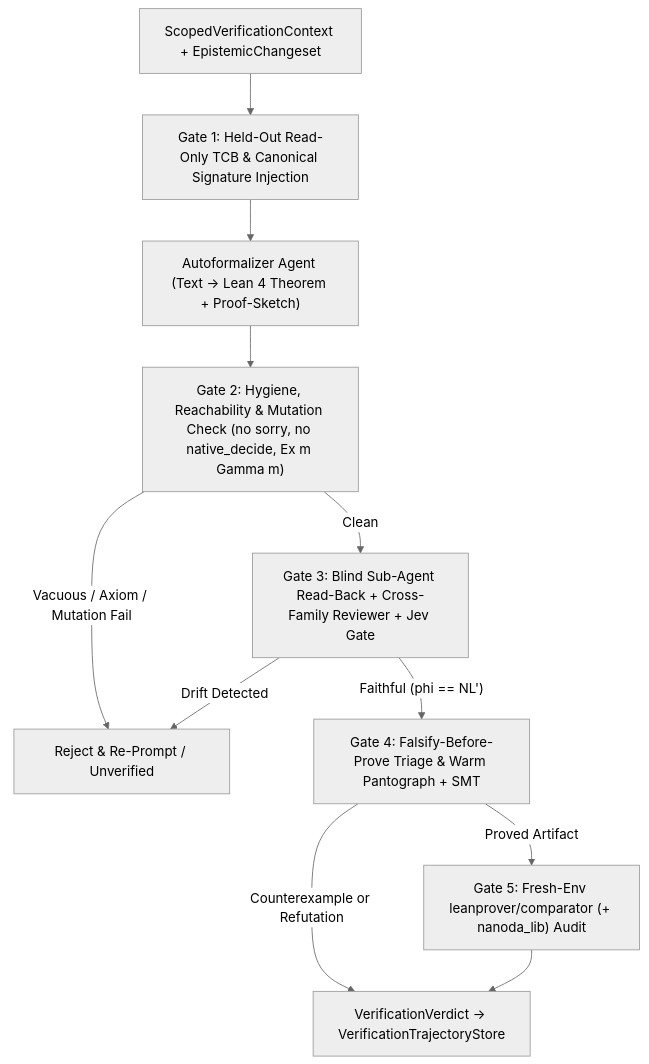
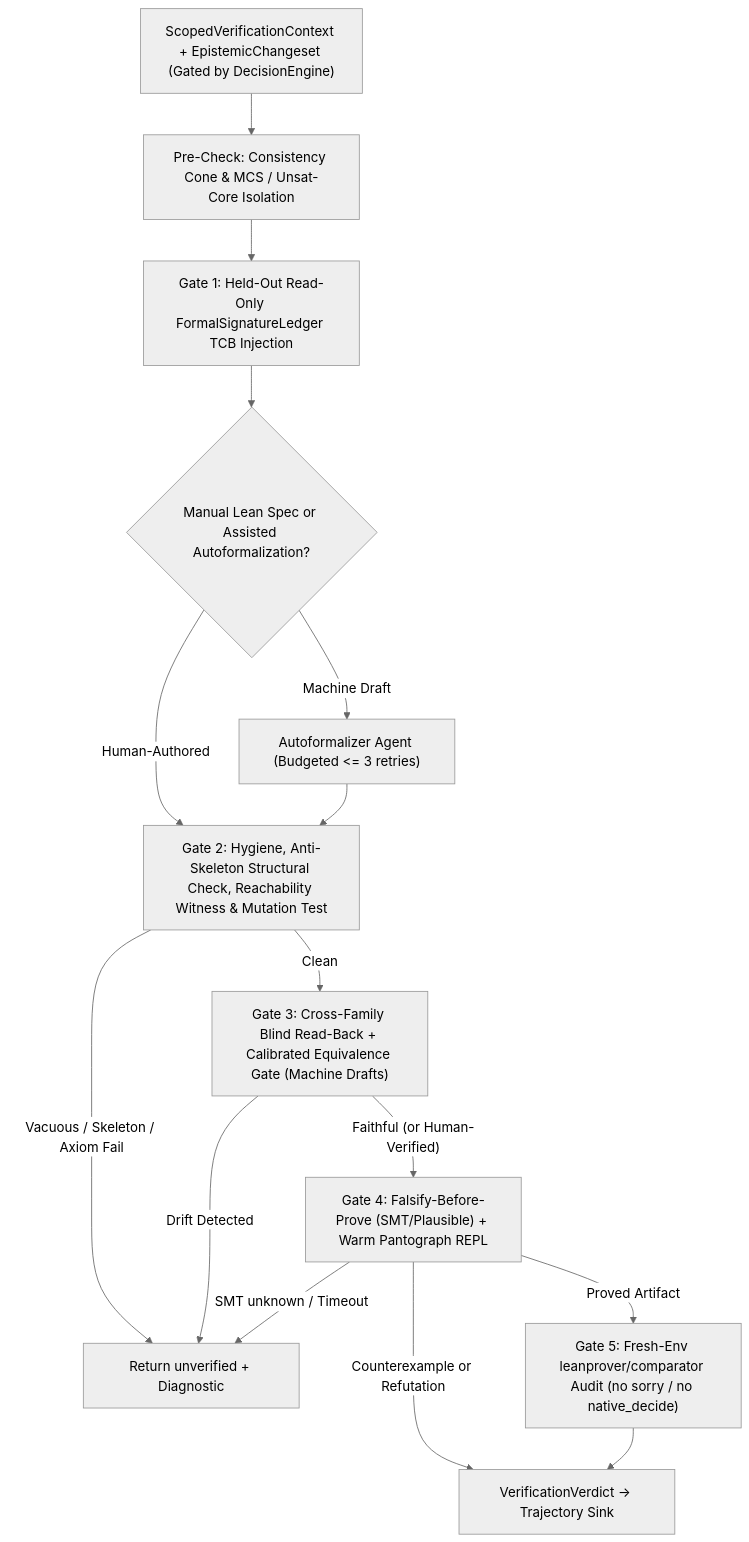
One commit to maxoem/EpistemeX changed the diagram in issues/12-neuro-symbolic-world-models-and-lean/ISSUE-113-lean4-formal-verification-oracle-and-logikey-adapter.md. Above: the diagram before and after it, drawn with Mermaid (neutral theme). The commit also changed other lines of this file and 17 other files, not shown here.

Commit message:
feat(issues): including a refactoring plan and target architecture map

````diff
--- a/issues/12-neuro-symbolic-world-models-and-lean/ISSUE-113-lean4-formal-verification-oracle-and-logikey-adapter.md
+++ b/issues/12-neuro-symbolic-world-models-and-lean/ISSUE-113-lean4-formal-verification-oracle-and-logikey-adapter.md
@@ -92,13 +102,17 @@
 ```mermaid
 flowchart TD
-    In["ScopedVerificationContext + EpistemicChangeset"] --> G1["Gate 1: Held-Out Read-Only TCB & Canonical Signature Injection"]
-    G1 --> AF["Autoformalizer Agent (Text -> Lean 4 Theorem + Proof-Sketch)"]
-    AF --> G2["Gate 2: Hygiene, Reachability & Mutation Check (no sorry, no native_decide, Ex m Gamma m)"]
-    G2 -->|"Vacuous / Axiom / Mutation Fail"| Reject["Reject & Re-Prompt / Unverified"]
-    G2 -->|"Clean"| G3["Gate 3: Blind Sub-Agent Read-Back + Cross-Family Reviewer + Jev Gate"]
+    In["ScopedVerificationContext + EpistemicChangeset (Gated by DecisionEngine)"] --> G0["Pre-Check: Consistency Cone & MCS / Unsat-Core Isolation"]
+    G0 --> G1["Gate 1: Held-Out Read-Only FormalSignatureLedger TCB Injection"]
+    G1 --> Source{"Manual Lean Spec or Assisted Autoformalization?"}
+    Source -->|"Human-Authored"| G2
+    Source -->|"Machine Draft"| AF["Autoformalizer Agent (Budgeted <= 3 retries)"]
+    AF --> G2["Gate 2: Hygiene, Anti-Skeleton Structural Check, Reachability Witness & Mutation Test"]
+    G2 -->|"Vacuous / Skeleton / Axiom Fail"| Reject["Return unverified + Diagnostic"]
+    G2 -->|"Clean"| G3["Gate 3: Cross-Family Blind Read-Back + Calibrated Equivalence Gate (Machine Drafts)"]
     G3 -->|"Drift Detected"| Reject
-    G3 -->|"Faithful (phi == NL')"| G4["Gate 4: Falsify-Before-Prove Triage & Warm Pantograph + SMT"]
-    G4 -->|"Counterexample or Refutation"| Out["VerificationVerdict -> VerificationTrajectoryStore"]
-    G4 -->|"Proved Artifact"| G5["Gate 5: Fresh-Env leanprover/comparator (+ nanoda_lib) Audit"]
+    G3 -->|"Faithful (or Human-Verified)"| G4["Gate 4: Falsify-Before-Prove (SMT/Plausible) + Warm Pantograph REPL"]
+    G4 -->|"SMT unknown / Timeout"| Reject
+    G4 -->|"Counterexample or Refutation"| Out["VerificationVerdict -> Trajectory Sink"]
+    G4 -->|"Proved Artifact"| G5["Gate 5: Fresh-Env leanprover/comparator Audit (no sorry / no native_decide)"]
     G5 --> Out
 ```
````
